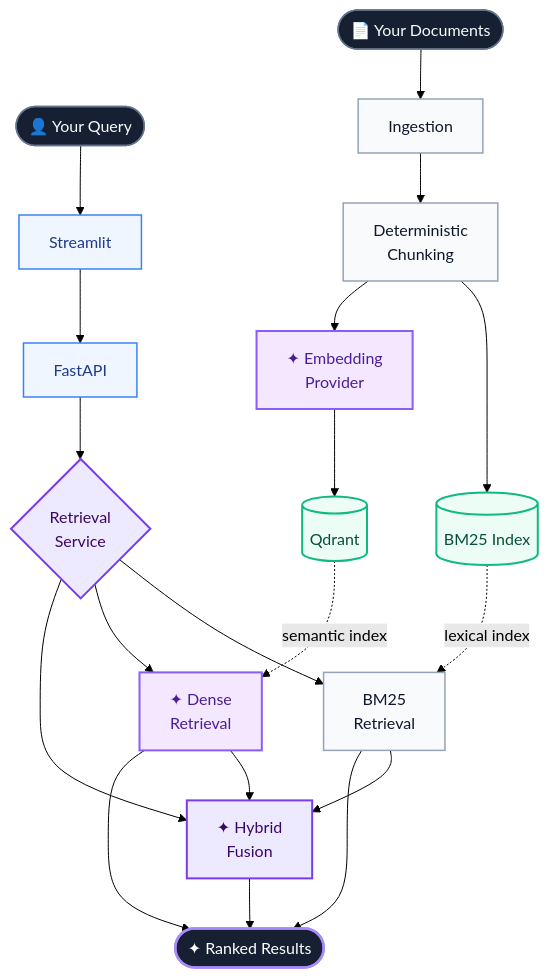
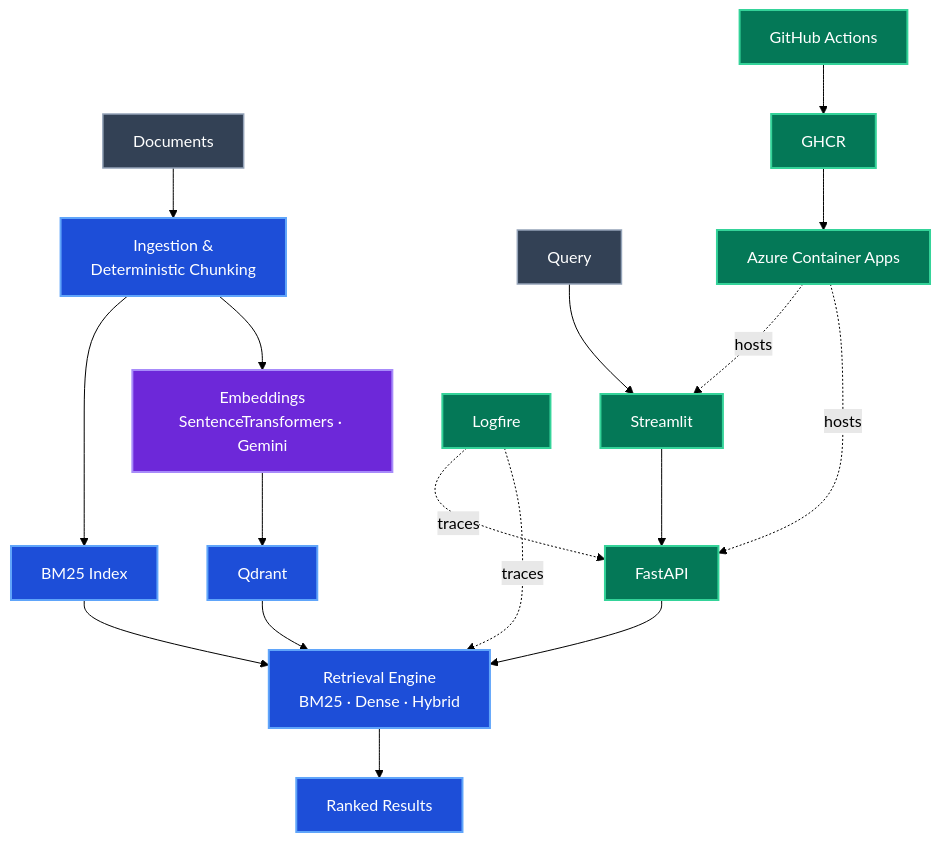
One commit to bksampadi/SignalRank-RAG changed the second of 2 diagrams in README.md. Above: the diagram before and after it, drawn with Mermaid (forest theme). The commit also changed other lines of this file and 1 other file, not shown here.

````diff
--- a/README.md
+++ b/README.md
@@ -17,63 +48,33 @@
 ```mermaid
 flowchart TB
 
-    DOCS(["📄  Your Documents"])
-    USER(["👤  Your Query"])
+    DOCS["Documents"] --> ING["Ingestion &<br/>Deterministic Chunking"]
+    ING --> BM["BM25 Index"]
+    ING --> EMB["Embeddings<br/>SentenceTransformers · Gemini"]
+    EMB --> QD["Qdrant"]
 
-    ING["Ingestion"]
-    CHUNK["Deterministic<br/>Chunking"]
+    QUERY["Query"] --> UI["Streamlit"]
+    UI --> API["FastAPI"]
+    API --> RET["Retrieval Engine<br/>BM25 · Dense · Hybrid"]
 
-    BMIDX[("BM25 Index")]
-    EMB["✦ Embedding<br/>Provider"]
-    QD[("Qdrant")]
+    BM --> RET
+    QD --> RET
+    RET --> RESULT["Ranked Results"]
 
-    UI["Streamlit"]
-    API["FastAPI"]
-    RET{"Retrieval<br/>Service"}
+    GH["GitHub Actions"] --> REG["GHCR"] --> AZ["Azure Container Apps"]
+    AZ -. hosts .-> UI
+    AZ -. hosts .-> API
 
-    BM["BM25<br/>Retrieval"]
-    DENSE["✦ Dense<br/>Retrieval"]
-    HYBRID["✦ Hybrid<br/>Fusion"]
+    OBS["Logfire"] -. traces .-> API
+    OBS -. traces .-> RET
 
-    RESULT(["✦  Ranked Results"])
+    class EMB ai
+    class ING,BM,QD,RET,RESULT rag
+    class UI,API,GH,REG,AZ,OBS software
+    class DOCS,QUERY neutral
 
-
-    DOCS --> ING --> CHUNK
-
-    CHUNK --> BMIDX
-    CHUNK --> EMB --> QD
-
-
-    USER --> UI --> API --> RET
-
-    RET --> BM
-    RET --> DENSE
-    RET --> HYBRID
-
-    BM --> HYBRID
-    DENSE --> HYBRID
-
-    BMIDX -. "lexical index" .-> BM
-    QD -. "semantic index" .-> DENSE
-
-    BM --> RESULT
-    DENSE --> RESULT
-    HYBRID --> RESULT
-
-
-    classDef entry fill:#172033,stroke:#64748b,stroke-width:1.5px,color:#f8fafc;
-    classDef process fill:#f8fafc,stroke:#94a3b8,stroke-width:1.5px,color:#0f172a;
-    classDef ai fill:#f3e8ff,stroke:#8b5cf6,stroke-width:2px,color:#4c1d95;
-    classDef store fill:#ecfdf5,stroke:#10b981,stroke-width:2px,color:#064e3b;
-    classDef app fill:#eff6ff,stroke:#3b82f6,stroke-width:1.5px,color:#1e3a8a;
-    classDef route fill:#ede9fe,stroke:#7c3aed,stroke-width:2px,color:#3b0764;
-    classDef result fill:#172033,stroke:#a78bfa,stroke-width:2.5px,color:#ffffff;
-
-    class DOCS,USER entry;
-    class ING,CHUNK,BM process;
-    class EMB,DENSE ai;
-    class BMIDX,QD store;
-    class UI,API app;
-    class RET,HYBRID route;
-    class RESULT result;
+    classDef ai fill:#6d28d9,stroke:#a78bfa,stroke-width:2px,color:#ffffff
+    classDef rag fill:#1d4ed8,stroke:#60a5fa,stroke-width:2px,color:#ffffff
+    classDef software fill:#047857,stroke:#34d399,stroke-width:2px,color:#ffffff
+    classDef neutral fill:#334155,stroke:#94a3b8,stroke-width:1.5px,color:#ffffff
 ```
````
